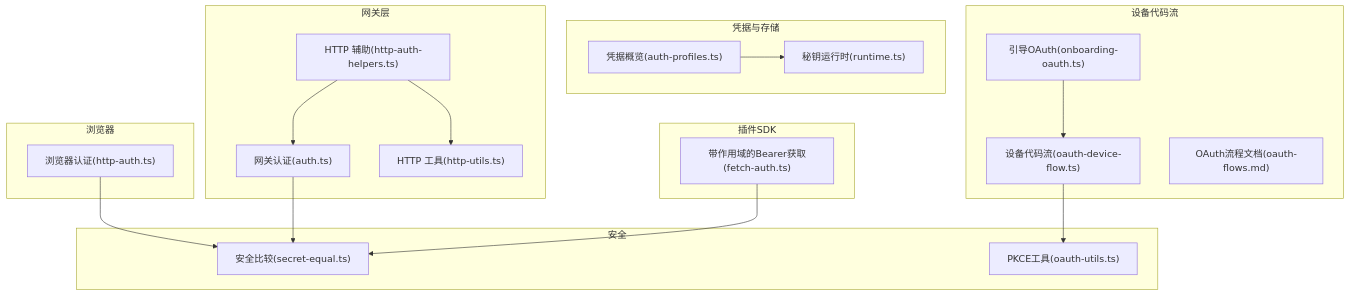
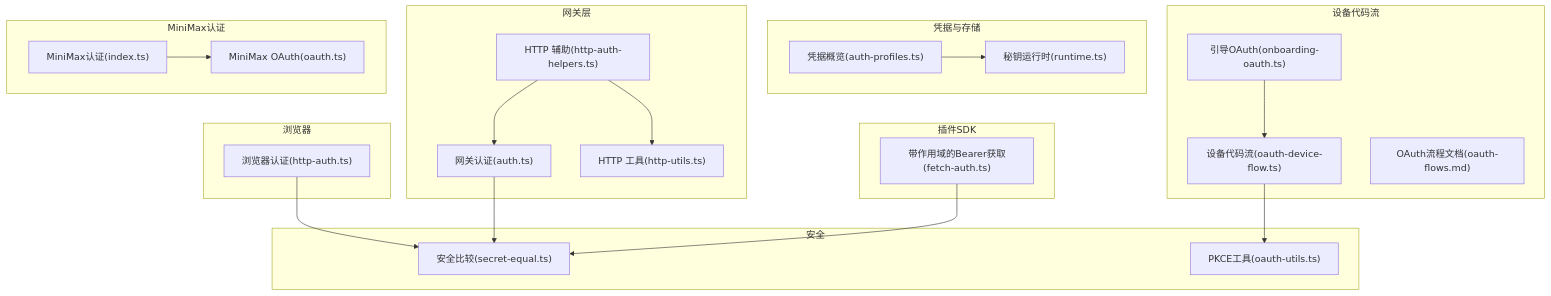
The first of 13 diagrams in .qoder/repowiki/zh/content/安全与配置/认证系统/认证系统.md (verse-ai-org/openclaw), drawn with Mermaid before and after one commit. The commit also changed other lines of this file and 12 other files, not shown here.

````diff
--- a/.qoder/repowiki/zh/content/安全与配置/认证系统/认证系统.md
+++ b/.qoder/repowiki/zh/content/安全与配置/认证系统/认证系统.md
@@ -63,35 +69,40 @@
 ```mermaid
 graph TB
 subgraph "网关层"
 GA["网关认证(auth.ts)"]
 GHU["HTTP 工具(http-utils.ts)"]
 GAH["HTTP 辅助(http-auth-helpers.ts)"]
 end
 subgraph "浏览器"
 BA["浏览器认证(http-auth.ts)"]
 end
 subgraph "凭据与存储"
 AP["凭据概览(auth-profiles.ts)"]
 RT["秘钥运行时(runtime.ts)"]
 end
 subgraph "安全"
 SE["安全比较(secret-equal.ts)"]
 PU["PKCE工具(oauth-utils.ts)"]
 end
 subgraph "插件SDK"
 FA["带作用域的Bearer获取(fetch-auth.ts)"]
 end
 subgraph "设备代码流"
 ODF["设备代码流(oauth-device-flow.ts)"]
 OOA["引导OAuth(onboarding-oauth.ts)"]
 OFD["OAuth流程文档(oauth-flows.md)"]
 end
+subgraph "MiniMax认证"
+MMA["MiniMax认证(index.ts)"]
+MMO["MiniMax OAuth(oauth.ts)"]
+end
 BA --> SE
 GA --> SE
 GAH --> GA
 GAH --> GHU
 AP --> RT
 FA --> SE
 ODF --> PU
 OOA --> ODF
+MMA --> MMO
 ```
````
